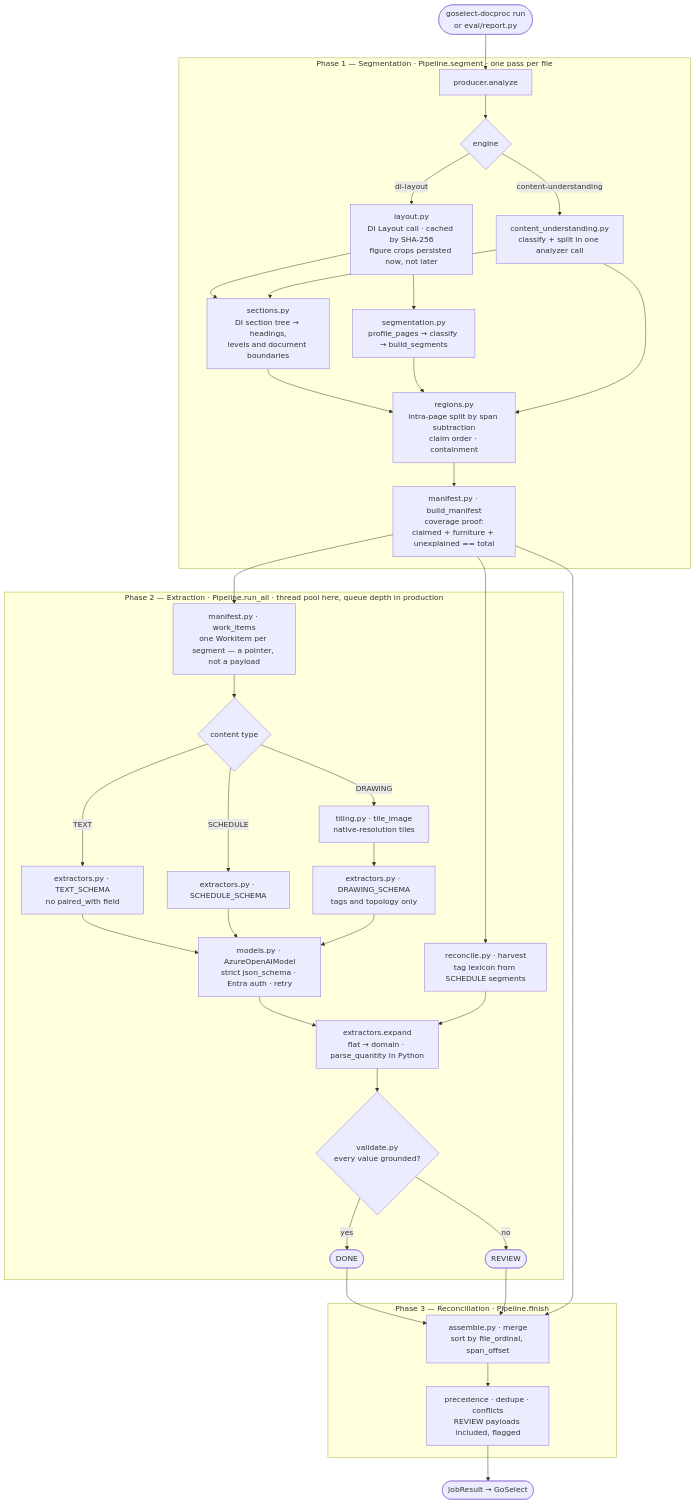
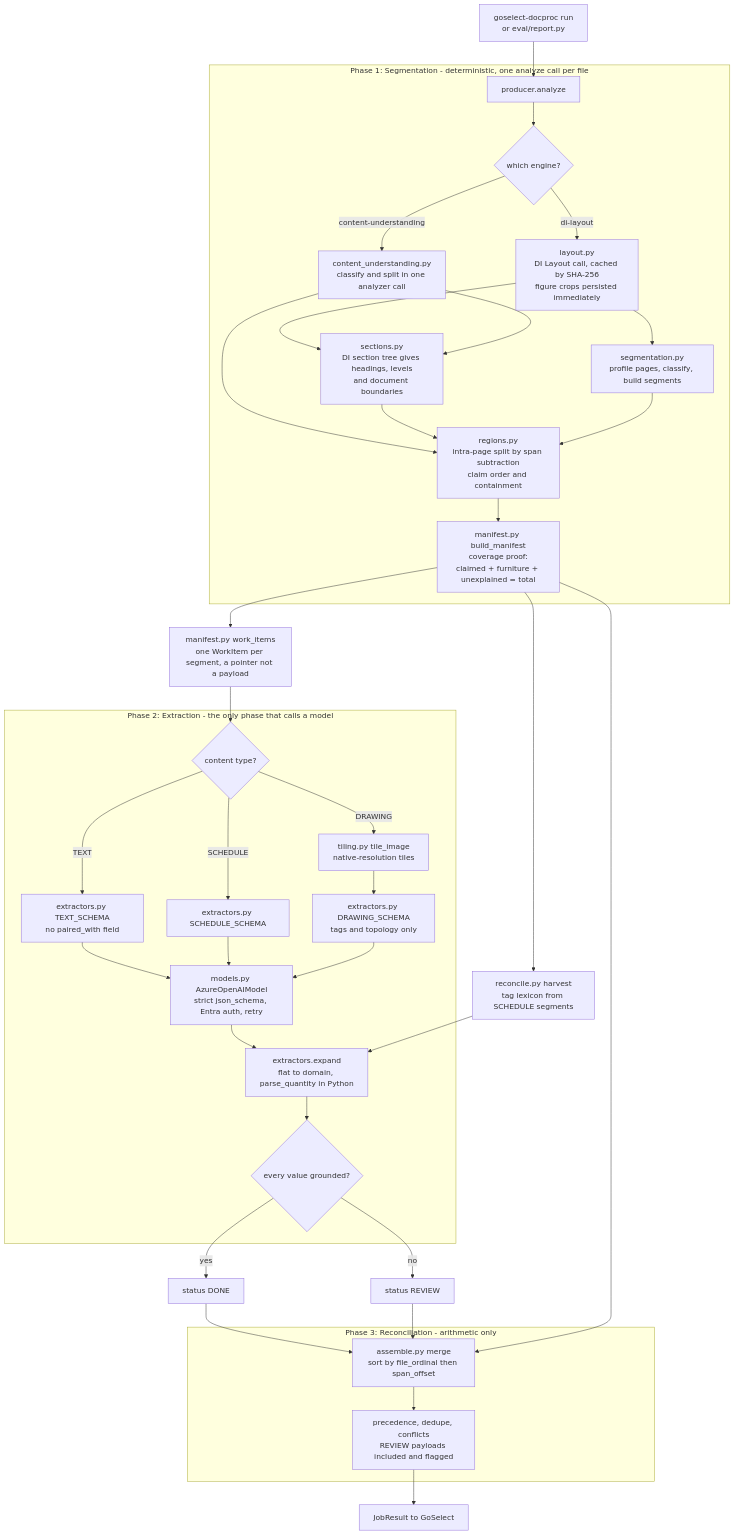
One commit to strudel0209/goselectcopilot-pipeline changed the first of 2 diagrams in README.md. Above: the diagram before and after it, drawn with Mermaid. The commit also changed other lines of this file, not shown here.

First line of the commit message:
README: fix mermaid syntax so both diagrams render

````diff
--- a/README.md
+++ b/README.md
@@ -79,46 +79,86 @@
 ```mermaid
 flowchart TD
-    START(["goselect-docproc run<br/>or eval/report.py"]) --> ANALYZE
+    START["goselect-docproc run<br/>or eval/report.py"]
+    ANALYZE["producer.analyze"]
+    ENGINE{"which engine?"}
+    DI["layout.py<br/>DI Layout call, cached by SHA-256<br/>figure crops persisted immediately"]
+    CU["content_understanding.py<br/>classify and split in one analyzer call"]
+    SEC["sections.py<br/>DI section tree gives headings, levels<br/>and document boundaries"]
+    CLS["segmentation.py<br/>profile pages, classify, build segments"]
+    REG["regions.py<br/>intra-page split by span subtraction<br/>claim order and containment"]
+    MAN["manifest.py build_manifest<br/>coverage proof:<br/>claimed + furniture + unexplained = total"]
+    LEX["reconcile.py harvest<br/>tag lexicon from SCHEDULE segments"]
+    WI["manifest.py work_items<br/>one WorkItem per segment, a pointer not a payload"]
+    KIND{"content type?"}
+    TX["extractors.py TEXT_SCHEMA<br/>no paired_with field"]
+    SC["extractors.py SCHEDULE_SCHEMA"]
+    TILE["tiling.py tile_image<br/>native-resolution tiles"]
+    DR["extractors.py DRAWING_SCHEMA<br/>tags and topology only"]
+    MODEL["models.py AzureOpenAIModel<br/>strict json_schema, Entra auth, retry"]
+    EXP["extractors.expand<br/>flat to domain, parse_quantity in Python"]
+    VAL{"every value grounded?"}
+    DONE["status DONE"]
+    REV["status REVIEW"]
+    MERGE["assemble.py merge<br/>sort by file_ordinal then span_offset"]
+    PREC["precedence, dedupe, conflicts<br/>REVIEW payloads included and flagged"]
+    OUT["JobResult to GoSelect"]
 
-    subgraph PHASE1["Phase 1 — Segmentation · Pipeline.segment · one pass per file"]
-        ANALYZE["producer.analyze"] --> ENGINE{"engine"}
-        ENGINE -->|di-layout| DI["layout.py<br/>DI Layout call · cached by SHA-256<br/>figure crops persisted now, not later"]
-        ENGINE -->|content-understanding| CU["content_understanding.py<br/>classify + split in one analyzer call"]
-        DI --> SEC["sections.py<br/>DI section tree → headings,<br/>levels and document boundaries"]
-        CU --> SEC
-        DI --> CLS["segmentation.py<br/>profile_pages → classify → build_segments"]
-        SEC --> REG["regions.py<br/>intra-page split by span subtraction<br/>claim order · containment"]
-        CLS --> REG
-        CU --> REG
-        REG --> MAN["manifest.py · build_manifest<br/>coverage proof:<br/>claimed + furniture + unexplained == total"]
+    subgraph PHASE1["Phase 1: Segmentation - deterministic, one analyze call per file"]
+        ANALYZE
+        ENGINE
+        DI
+        CU
+        SEC
+        CLS
+        REG
+        MAN
     end
 
-    MAN --> LEX["reconcile.py · harvest<br/>tag lexicon from SCHEDULE segments"]
-    MAN --> WI["manifest.py · work_items<br/>one WorkItem per segment — a pointer, not a payload"]
-
-    subgraph PHASE2["Phase 2 — Extraction · Pipeline.run_all · thread pool here, queue depth in production"]
-        WI --> KIND{"content type"}
-        KIND -->|TEXT| TX["extractors.py · TEXT_SCHEMA<br/>no paired_with field"]
-        KIND -->|SCHEDULE| SC["extractors.py · SCHEDULE_SCHEMA"]
-        KIND -->|DRAWING| TILE["tiling.py · tile_image<br/>native-resolution tiles"]
-        TILE --> DR["extractors.py · DRAWING_SCHEMA<br/>tags and topology only"]
-        TX --> MODEL["models.py · AzureOpenAIModel<br/>strict json_schema · Entra auth · retry"]
-        SC --> MODEL
-        DR --> MODEL
-        MODEL --> EXP["extractors.expand<br/>flat → domain · parse_quantity in Python"]
-        LEX --> EXP
-        EXP --> VAL{"validate.py<br/>every value grounded?"}
-        VAL -->|yes| DONE(["DONE"])
-        VAL -->|no| REV(["REVIEW"])
+    subgraph PHASE2["Phase 2: Extraction - the only phase that calls a model"]
+        KIND
+        TX
+        SC
+        TILE
+        DR
+        MODEL
+        EXP
+        VAL
     end
 
+    subgraph PHASE3["Phase 3: Reconciliation - arithmetic only"]
+        MERGE
+        PREC
+    end
+
+    START --> ANALYZE
+    ANALYZE --> ENGINE
+    ENGINE -->|di-layout| DI
+    ENGINE -->|content-understanding| CU
+    DI --> SEC
+    DI --> CLS
+    CU --> SEC
+    CU --> REG
+    SEC --> REG
+    CLS --> REG
+    REG --> MAN
+    MAN --> LEX
+    MAN --> WI
+    WI --> KIND
+    KIND -->|TEXT| TX
+    KIND -->|SCHEDULE| SC
+    KIND -->|DRAWING| TILE
+    TILE --> DR
+    TX --> MODEL
+    SC --> MODEL
+    DR --> MODEL
+    MODEL --> EXP
+    LEX --> EXP
+    EXP --> VAL
+    VAL -->|yes| DONE
+    VAL -->|no| REV
     DONE --> MERGE
     REV --> MERGE
     MAN --> MERGE
-
-    subgraph PHASE3["Phase 3 — Reconciliation · Pipeline.finish"]
-        MERGE["assemble.py · merge<br/>sort by file_ordinal, span_offset"] --> PREC["precedence · dedupe · conflicts<br/>REVIEW payloads included, flagged"]
-    end
-
-    PREC --> OUT(["JobResult → GoSelect"])
+    MERGE --> PREC
+    PREC --> OUT
 ```
````
